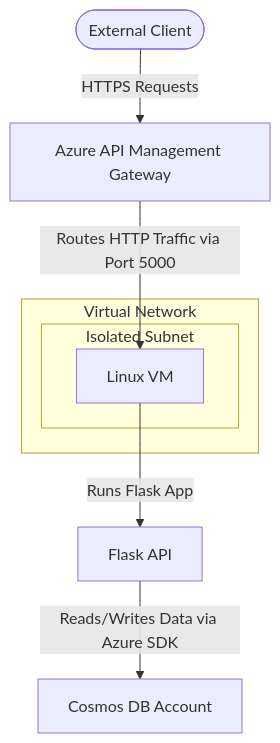
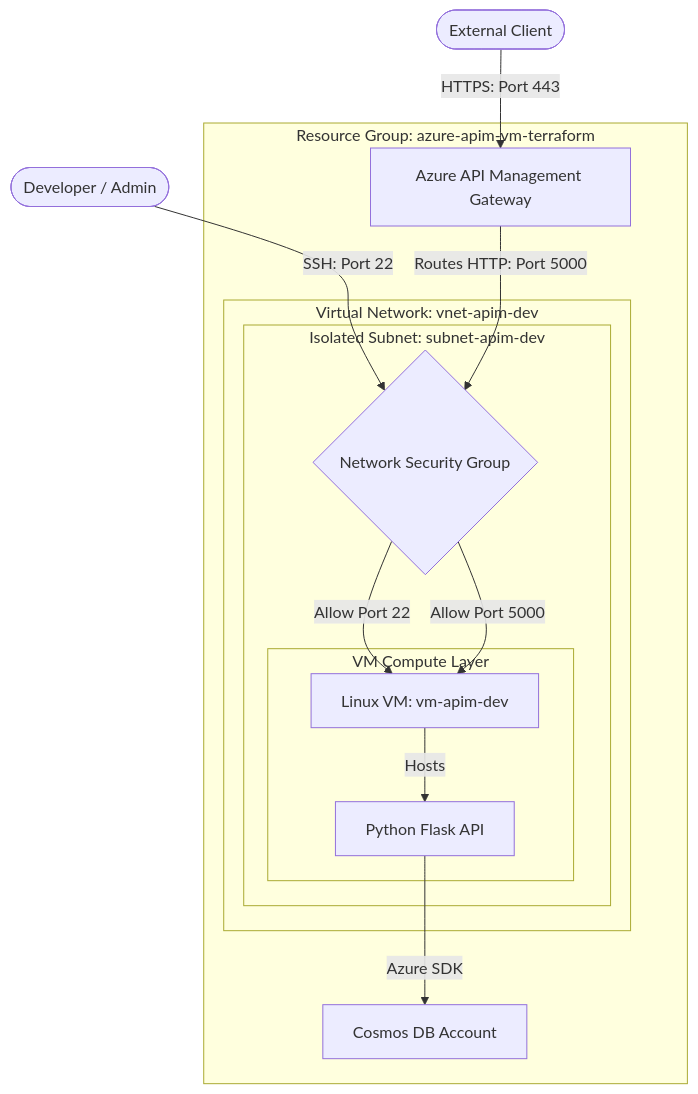
The diagram in README.md (aslahea/azure-apim-vm-terraform), drawn with Mermaid before and after one commit. The commit also changed other lines of this file, not shown here.

Commit message:
docs: update system architecture diagram and directory structure in README

````diff
--- a/README.md
+++ b/README.md
@@ -11,12 +11,23 @@
 ```mermaid
 graph TD
-    Client([External Client]) -->|HTTPS Requests| APIM[Azure API Management Gateway]
-    subgraph VNet [Virtual Network]
-        subgraph Subnet [Isolated Subnet]
-            VM[Linux VM]
+    Client([External Client]) -->|HTTPS: Port 443| APIM[Azure API Management Gateway]
+    Admin([Developer / Admin]) -->|SSH: Port 22| NSG{Network Security Group}
+
+    subgraph RG [Resource Group: azure-apim-vm-terraform]
+        APIM -->|Routes HTTP: Port 5000| NSG
+        
+        subgraph VNet [Virtual Network: vnet-apim-dev]
+            subgraph Subnet [Isolated Subnet: subnet-apim-dev]
+                NSG -->|Allow Port 22| VM[Linux VM: vm-apim-dev]
+                NSG -->|Allow Port 5000| VM
+                
+                subgraph VM_Compute [VM Compute Layer]
+                    VM -->|Hosts| Flask[Python Flask API]
+                end
+            end
         end
+
+        Cosmos[Cosmos DB Account]
+        Flask -->|Azure SDK| Cosmos
     end
-    APIM -->|Routes HTTP Traffic via Port 5000| VM
-    VM -->|Runs Flask App| App[Flask API]
-    App -->|Reads/Writes Data via Azure SDK| Cosmos[Cosmos DB Account]
 ```
````
